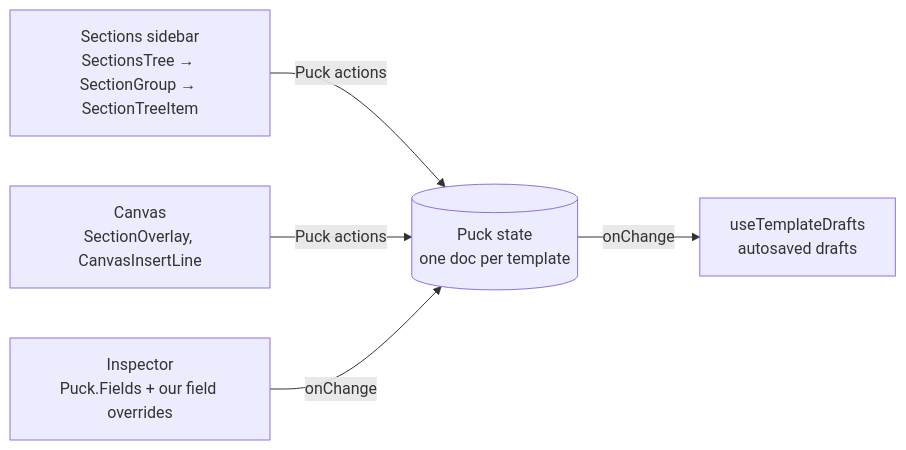
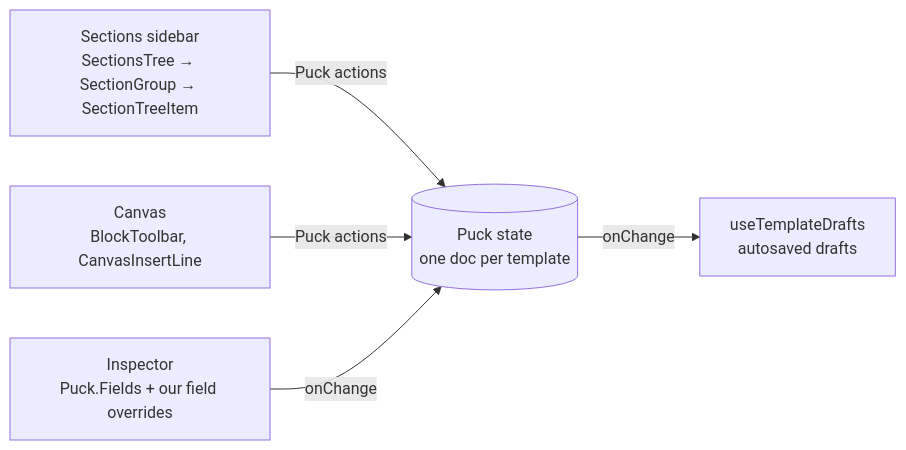
The diagram in apps/docs/content/developer-docs/building/theme-editor.mdx (Viora-Tech/e-commerce), drawn with Mermaid before and after one commit. The commit also changed other lines of this file and 15 other files, not shown here.

First line of the commit message:
feat(builder): one floating toolbar per selected block

````diff
--- a/apps/docs/content/developer-docs/building/theme-editor.mdx
+++ b/apps/docs/content/developer-docs/building/theme-editor.mdx
@@ -16,7 +16,7 @@
 ```mermaid
 flowchart LR
   tree["Sections sidebar<br/>SectionsTree → SectionGroup → SectionTreeItem"] -->|Puck actions| store[("Puck state<br/>one doc per template")]
-  canvas["Canvas<br/>SectionOverlay, CanvasInsertLine"] -->|Puck actions| store
+  canvas["Canvas<br/>BlockToolbar, CanvasInsertLine"] -->|Puck actions| store
   inspector["Inspector<br/>Puck.Fields + our field overrides"] -->|onChange| store
   store -->|onChange| drafts["useTemplateDrafts<br/>autosaved drafts"]
 ```
````
